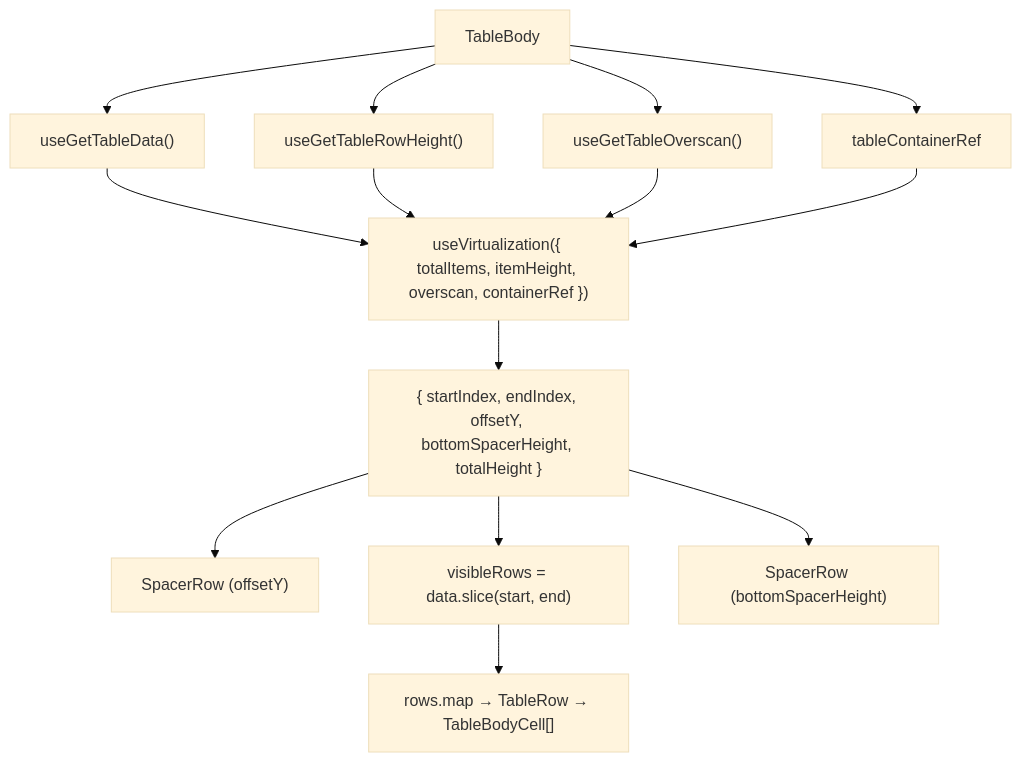
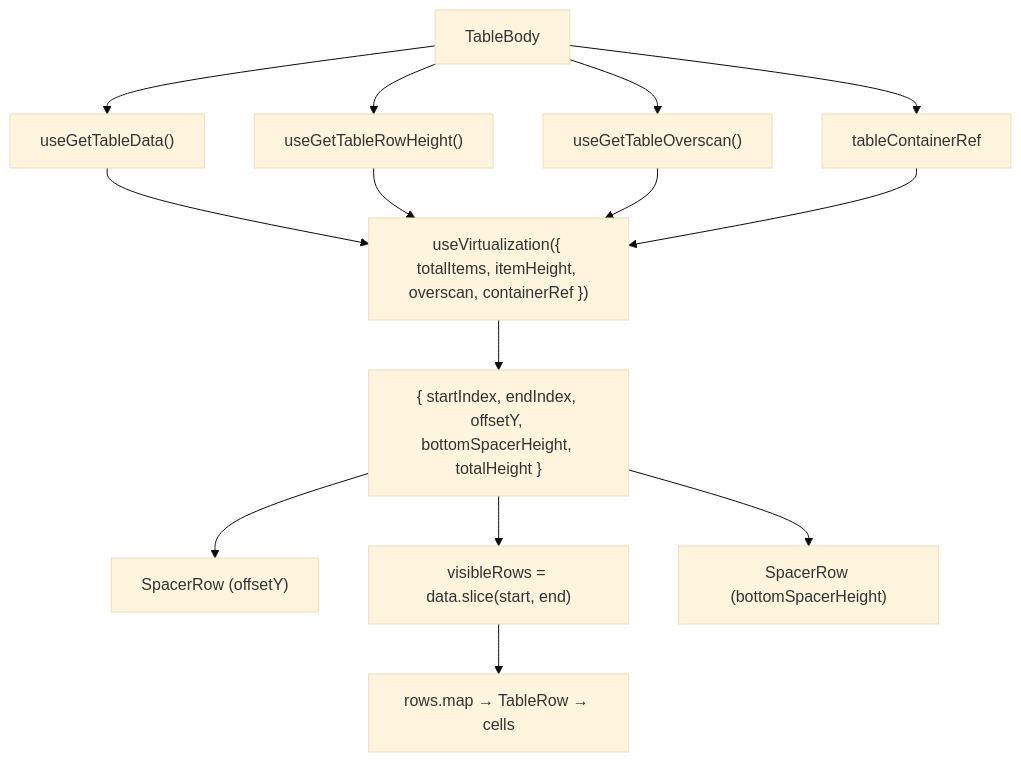
The first of 2 diagrams in src/components/Table/TableBody/ARCHITECTURE.md (luciocabrera/lcabrera-stack), drawn with Mermaid (base theme) before and after one commit. The commit also changed other lines of this file and 28 other files, not shown here.

````diff
--- a/src/components/Table/TableBody/ARCHITECTURE.md
+++ b/src/components/Table/TableBody/ARCHITECTURE.md
@@ -33,20 +37,20 @@
 ```mermaid
 graph TD
   TB["TableBody"] --> data["useGetTableData()"]
   TB --> rh["useGetTableRowHeight()"]
   TB --> os["useGetTableOverscan()"]
   TB --> ref["tableContainerRef"]
 
   data --> virt["useVirtualization({ totalItems, itemHeight, overscan, containerRef })"]
   rh --> virt
   os --> virt
   ref --> virt
 
   virt --> range["{ startIndex, endIndex, offsetY, bottomSpacerHeight, totalHeight }"]
 
   range --> topSpacer["SpacerRow (offsetY)"]
   range --> rows["visibleRows = data.slice(start, end)"]
   range --> bottomSpacer["SpacerRow (bottomSpacerHeight)"]
 
-  rows --> map["rows.map → TableRow → TableBodyCell[]"]
+  rows --> map["rows.map → TableRow → cells"]
 ```
````
